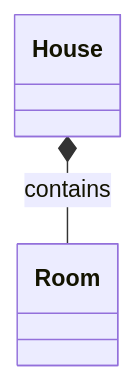
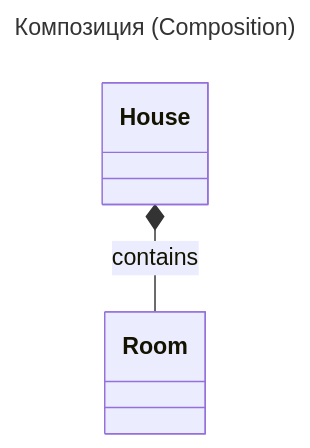
The tenth of 13 diagrams in software-engineer/notation/UML.md (mrtxee/enterprise-developer-almanac), drawn with Mermaid before and after one commit. The commit also changed other lines of this file and 209 other files, not shown here.

````diff
--- a/software-engineer/notation/UML.md
+++ b/software-engineer/notation/UML.md
@@ -246,7 +255,10 @@
 ```mermaid
+---
+title: Композиция (Composition)
+---
 classDiagram
     class House
     class Room
     
     House *-- Room : contains
 ```
````
